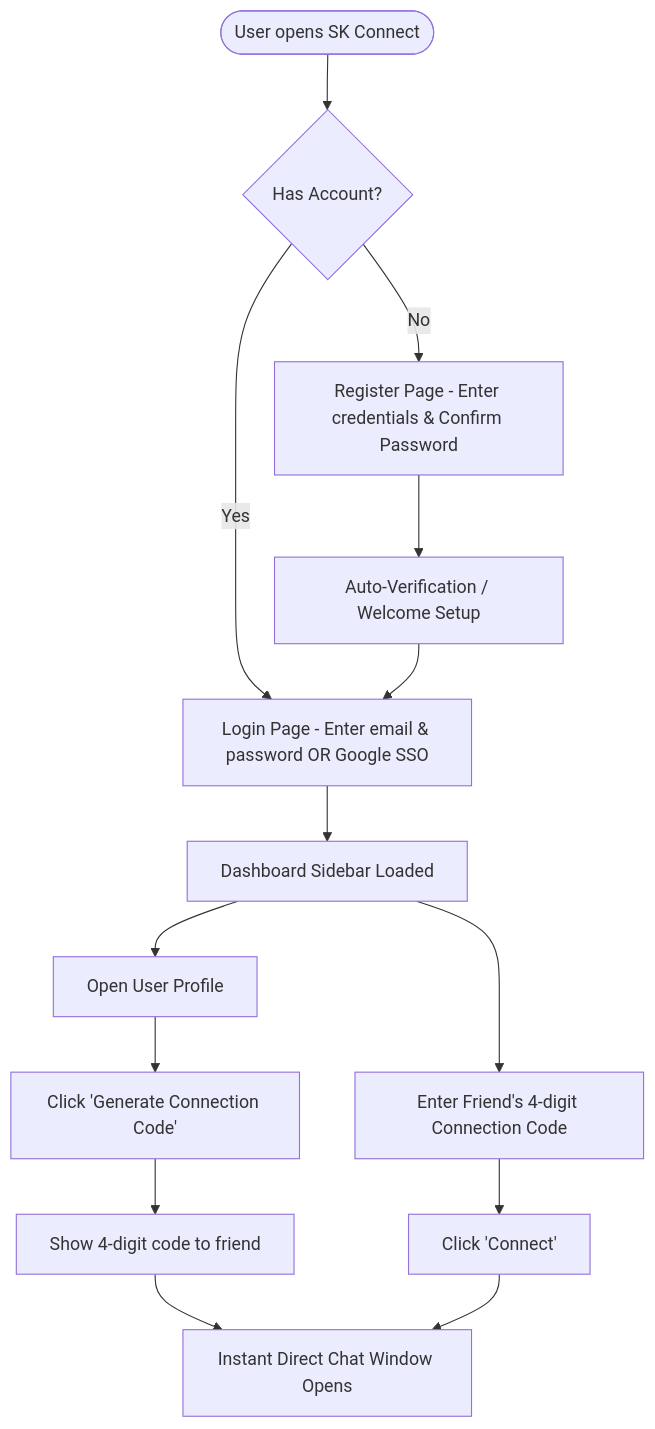
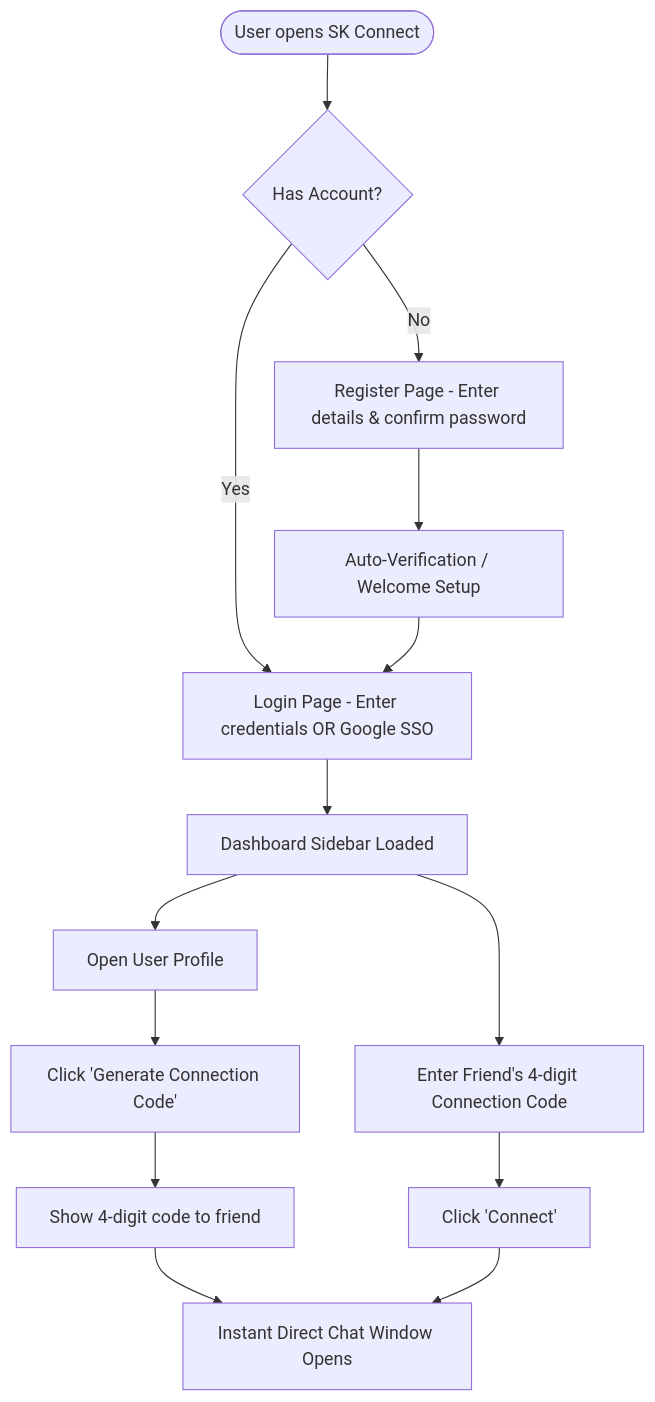
Before and after one commit to samakshrastogi/SK-CHAT: the first of 6 diagrams in README.md, drawn with Mermaid. The commit also changed other lines of this file, not shown here.

Commit message:
docs: Reorganize README.md into modular sections with purpose, working guide, flowchart, and key features

````diff
--- a/README.md
+++ b/README.md
@@ -44,21 +29,15 @@
 ```mermaid
 graph TD
   Start([User opens SK Connect]) --> Landing{Has Account?}
-  
-  Landing -->|No| Register[Register Page - Enter credentials & Confirm Password]
-  Landing -->|Yes| Login[Login Page - Enter email & password OR Google SSO]
-  
+  Landing -->|No| Register[Register Page - Enter details & confirm password]
+  Landing -->|Yes| Login[Login Page - Enter credentials OR Google SSO]
   Register --> AutoVerify[Auto-Verification / Welcome Setup]
   AutoVerify --> Login
-  
   Login --> Dash[Dashboard Sidebar Loaded]
-  
   Dash --> OpenProfile[Open User Profile]
   OpenProfile --> GenerateCode[Click 'Generate Connection Code']
   GenerateCode --> DisplayCode[Show 4-digit code to friend]
-  
   Dash --> InputCode[Enter Friend's 4-digit Connection Code]
   InputCode --> TriggerConnect[Click 'Connect']
-  
   DisplayCode & TriggerConnect --> NewChat[Instant Direct Chat Window Opens]
 ```
````
